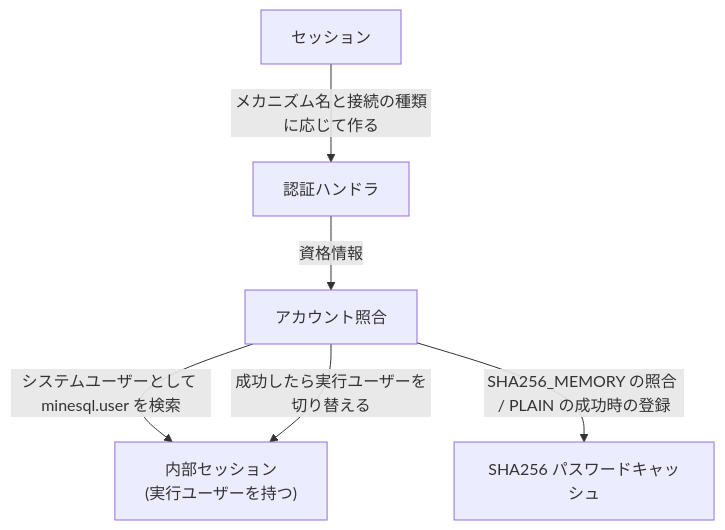
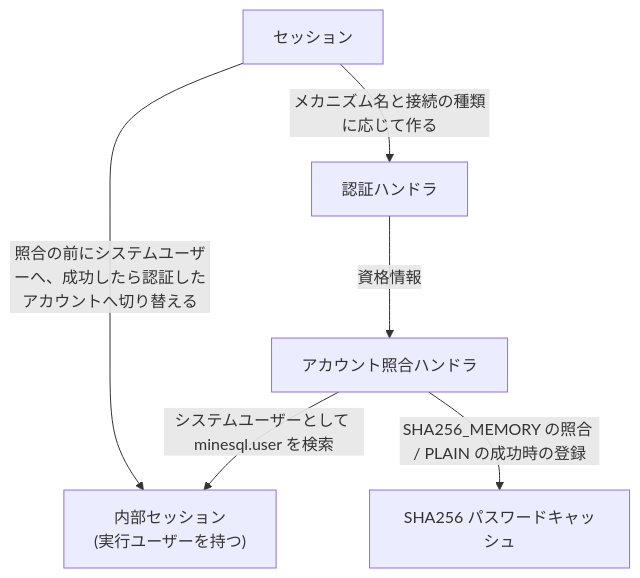
The first of 2 diagrams in docs/specification/connection/authentication.md (ren-yamanashi/minesql), drawn with Mermaid before and after one commit. The commit also changed other lines of this file and 2 other files, not shown here.

````diff
--- a/docs/specification/connection/authentication.md
+++ b/docs/specification/connection/authentication.md
@@ -21,8 +21,8 @@
 ```mermaid
 flowchart TD
     S["セッション"] -->|"メカニズム名と接続の種類に応じて作る"| A["認証ハンドラ"]
-    A -->|"資格情報"| V["アカウント照合"]
-    V -->|"システムユーザーとして minesql.user を検索"| I["内部セッション<br/>(実行ユーザーを持つ)"]
-    V -->|"成功したら実行ユーザーを切り替える"| I
+    S -->|"照合の前にシステムユーザーへ、成功したら認証したアカウントへ切り替える"| I["内部セッション<br/>(実行ユーザーを持つ)"]
+    A -->|"資格情報"| V["アカウント照合ハンドラ"]
+    V -->|"システムユーザーとして minesql.user を検索"| I
     V -->|"SHA256_MEMORY の照合 / PLAIN の成功時の登録"| C["SHA256 パスワードキャッシュ"]
 ```
````
